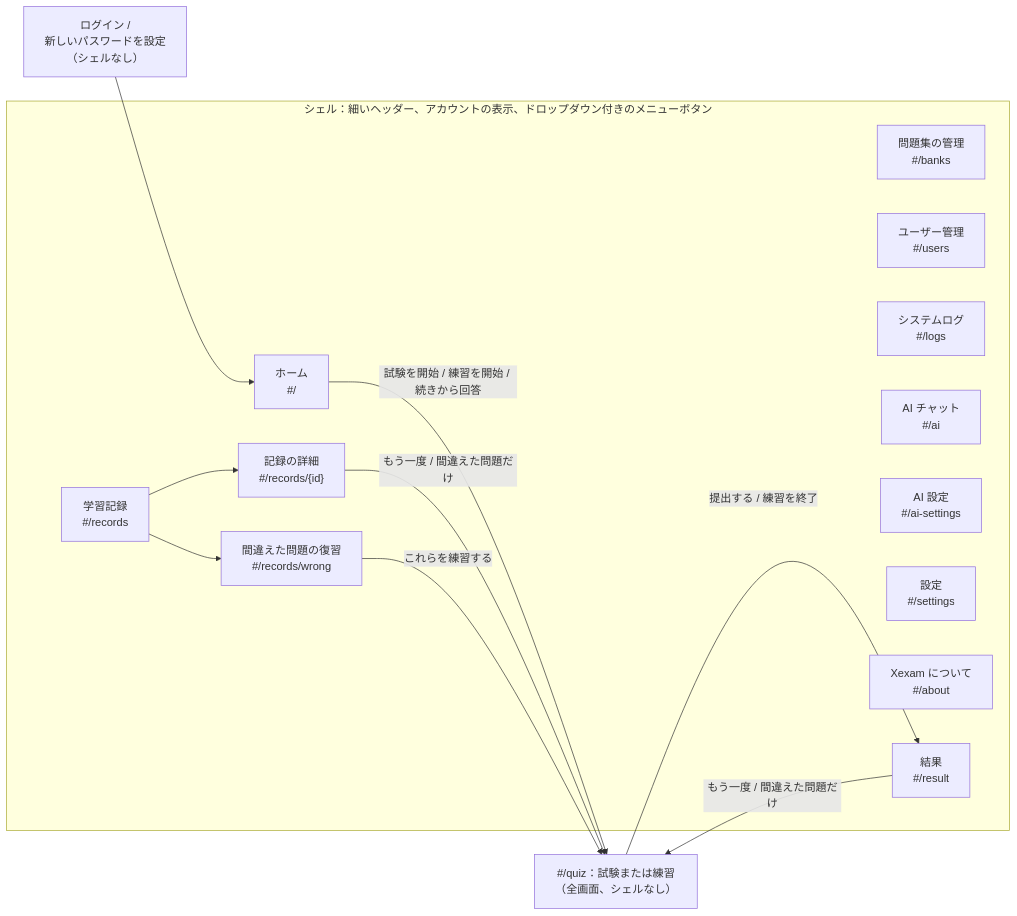
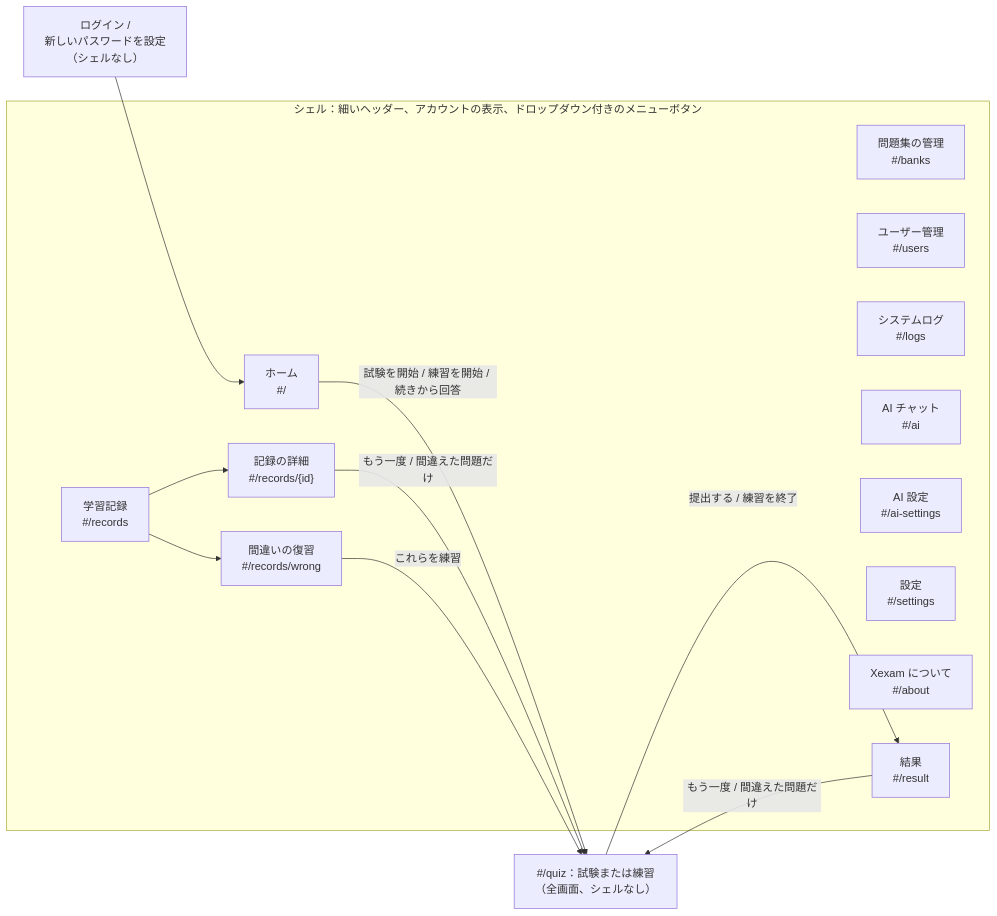
The fifth of 8 diagrams in docs/ja/architecture.md (Yumin-Space/xexam), drawn with Mermaid before and after one commit. The commit also changed 129 other files, not shown here.

First line of the commit message:
v1.2: phone fixes for the finish button, AI Chat drag / header / keyboard, token lines and usage charts

````diff
--- a/docs/ja/architecture.md
+++ b/docs/ja/architecture.md
@@ -372,26 +372,26 @@
 ```mermaid
 flowchart LR
     SI["ログイン /<br/>新しいパスワードを設定<br/>（シェルなし）"] --> H
     subgraph shell["シェル：細いヘッダー、アカウントの表示、ドロップダウン付きのメニューボタン"]
         H["ホーム<br/>#/"]
         B["問題集の管理<br/>#/banks"]
         R["学習記録<br/>#/records"]
         US["ユーザー管理<br/>#/users"]
         LG["システムログ<br/>#/logs"]
         AI["AI チャット<br/>#/ai"]
         AIS["AI 設定<br/>#/ai-settings"]
         S["設定<br/>#/settings"]
         AB["Xexam について<br/>#/about"]
         D["記録の詳細<br/>#/records/{id}"]
-        W["間違えた問題の復習<br/>#/records/wrong"]
+        W["間違いの復習<br/>#/records/wrong"]
         RS["結果<br/>#/result"]
     end
     Q["#/quiz：試験または練習<br/>（全画面、シェルなし）"]
     R --> D
     R --> W
     H -->|"試験を開始 / 練習を開始 / 続きから回答"| Q
     Q -->|"提出する / 練習を終了"| RS
     RS -->|"もう一度 / 間違えた問題だけ"| Q
     D -->|"もう一度 / 間違えた問題だけ"| Q
-    W -->|"これらを練習する"| Q
+    W -->|"これらを練習"| Q
 ```
````
